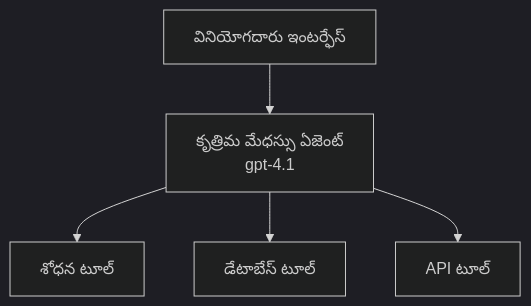
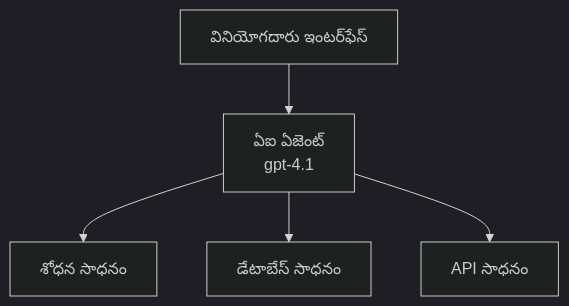
Before and after one commit to microsoft/AZD-for-beginners: the first of 3 diagrams in translations/te/docs/chapter-02-ai-development/agents.md, drawn with Mermaid (dark theme). The commit also changed other lines of this file and 101 other files, not shown here.

````diff
--- a/translations/te/docs/chapter-02-ai-development/agents.md
+++ b/translations/te/docs/chapter-02-ai-development/agents.md
@@ -152,7 +157,7 @@
 ```mermaid
 graph TD
-    UI[వినియోగదారు ఇంటర్ఫేస్] --> Agent[కృత్రిమ మేధస్సు ఏజెంట్<br/>gpt-4.1]
-    Agent --> Search[శోధన టూల్]
-    Agent --> Database[డేటాబేస్ టూల్]
-    Agent --> API[API టూల్]
+    UI[వినియోగదారు ఇంటర్‌ఫేస్] --> Agent[ఏఐ ఏజెంట్<br/>gpt-4.1]
+    Agent --> Search[శోధన సాధనం]
+    Agent --> Database[డేటాబేస్ సాధనం]
+    Agent --> API[API సాధనం]
 ```
````
